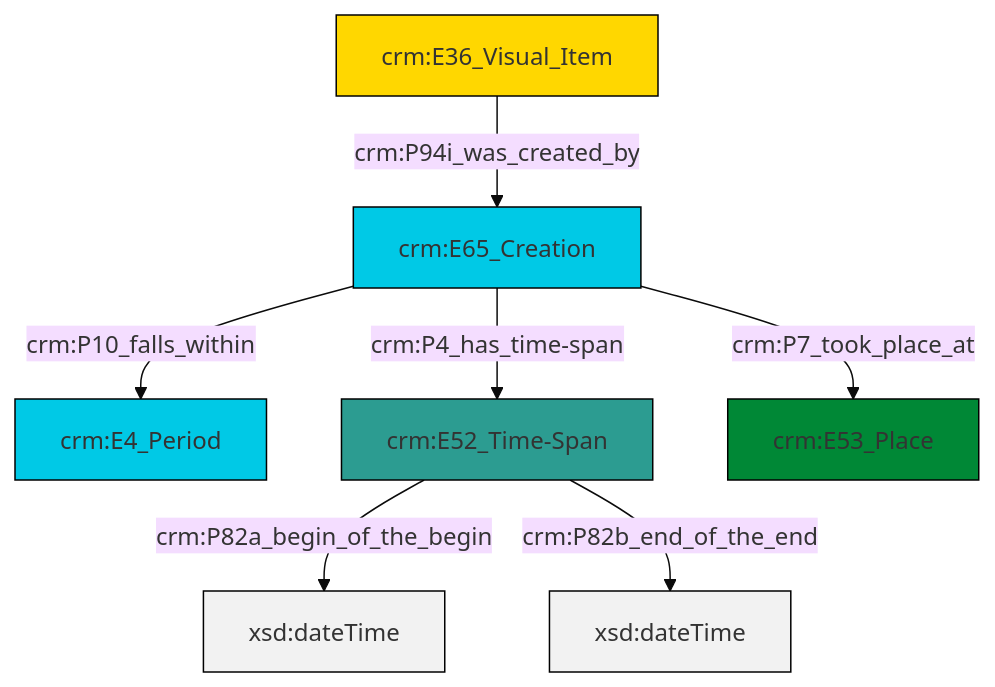
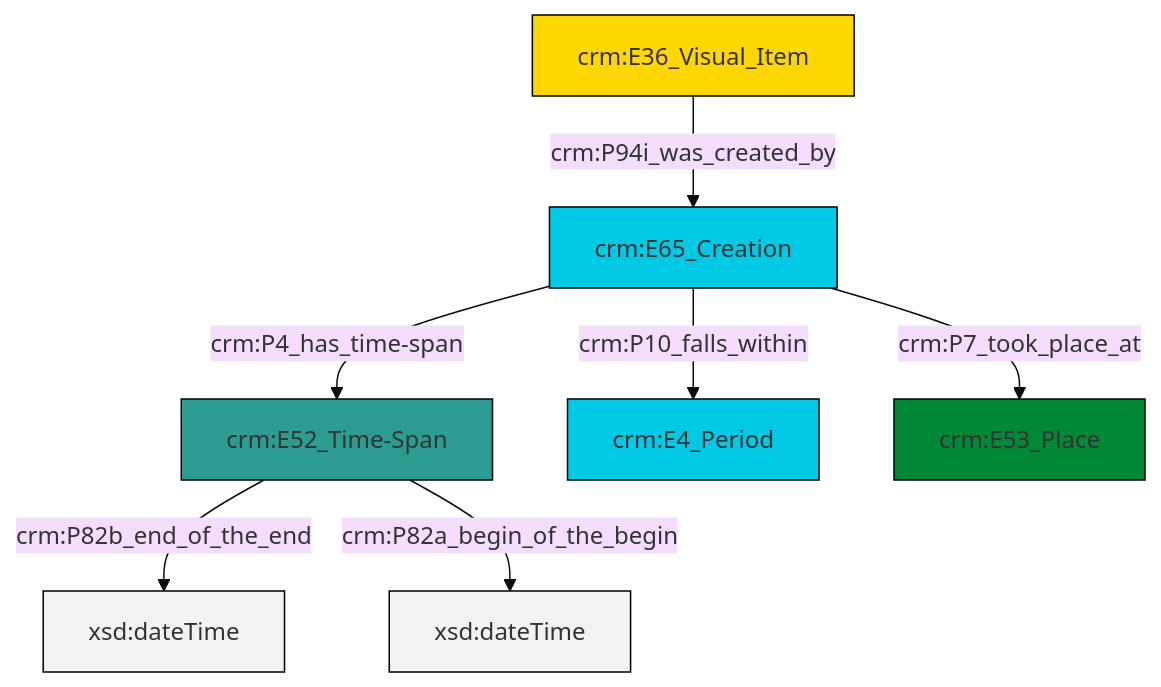
The diagram in et/imgCSV/ttl/mmd/img_existence.ttl.mmd (swiss-art-research-net/docs.swissartresearch), drawn with Mermaid (base theme) before and after one commit. The commit also changed 177 other files, not shown here.

```diff
--- a/et/imgCSV/ttl/mmd/img_existence.ttl.mmd
+++ b/et/imgCSV/ttl/mmd/img_existence.ttl.mmd
@@ -1,21 +1,21 @@
 graph TD
 classDef Literal fill:#f2f2f2,stroke:#000000;
 classDef CRM_Entity fill:#FFFFFF,stroke:#000000;
 classDef Temporal_Entity fill:#00C9E6, stroke:#000000;
 classDef Type fill:#E18312, stroke:#000000;
 classDef Time-Span fill:#2C9C91, stroke:#000000;
 classDef Appellation fill:#FFEB7F, stroke:#000000;
 classDef Place fill:#008836, stroke:#000000;
 classDef Persistent_Item fill:#B266B2, stroke:#000000;
 classDef Conceptual_Object fill:#FFD700, stroke:#000000;
 classDef Physical_Thing fill:#D2B48C, stroke:#000000;
 classDef Actor fill:#f58aad, stroke:#000000;
 classDef PC_Classes fill:#4ce600, stroke:#000000;
 classDef Multi fill:#cccccc,stroke:#000000;
 
-2["crm:E52_Time-Span"]:::Time-Span -->|crm:P82a_begin_of_the_begin| 3[xsd:dateTime]:::Literal
-4["crm:E36_Visual_Item"]:::Conceptual_Object -->|crm:P94i_was_created_by| 5["crm:E65_Creation"]:::Temporal_Entity
-2["crm:E52_Time-Span"]:::Time-Span -->|crm:P82b_end_of_the_end| 8[xsd:dateTime]:::Literal
-5["crm:E65_Creation"]:::Temporal_Entity -->|crm:P4_has_time-span| 2["crm:E52_Time-Span"]:::Time-Span
-5["crm:E65_Creation"]:::Temporal_Entity -->|crm:P7_took_place_at| 6["crm:E53_Place"]:::Place
-5["crm:E65_Creation"]:::Temporal_Entity -->|crm:P10_falls_within| 0["crm:E4_Period"]:::Temporal_Entity
+0["crm:E52_Time-Span"]:::Time-Span -->|crm:P82b_end_of_the_end| 1[xsd:dateTime]:::Literal
+2["crm:E36_Visual_Item"]:::Conceptual_Object -->|crm:P94i_was_created_by| 3["crm:E65_Creation"]:::Temporal_Entity
+3["crm:E65_Creation"]:::Temporal_Entity -->|crm:P10_falls_within| 4["crm:E4_Period"]:::Temporal_Entity
+3["crm:E65_Creation"]:::Temporal_Entity -->|crm:P7_took_place_at| 7["crm:E53_Place"]:::Place
+0["crm:E52_Time-Span"]:::Time-Span -->|crm:P82a_begin_of_the_begin| 8[xsd:dateTime]:::Literal
+3["crm:E65_Creation"]:::Temporal_Entity -->|crm:P4_has_time-span| 0["crm:E52_Time-Span"]:::Time-Span
```
